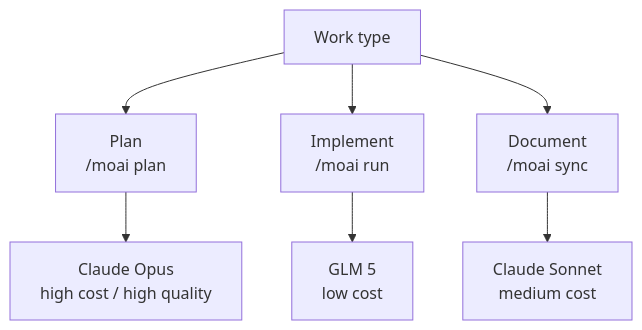
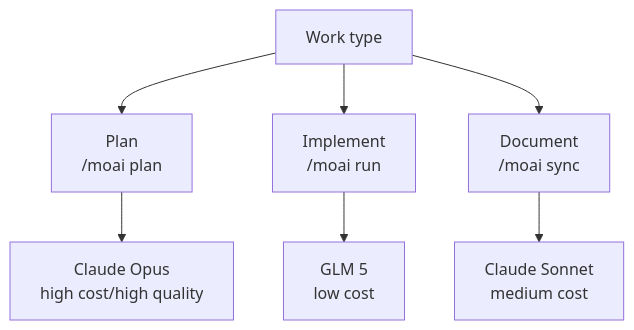
One commit to modu-ai/moai-adk changed the tenth of 10 diagrams in docs-site/content/en/worktree/guide.md. Above: the diagram before and after it, drawn with Mermaid. The commit also changed other lines of this file and 180 other files, not shown here.

````diff
--- a/docs-site/content/en/worktree/guide.md
+++ b/docs-site/content/en/worktree/guide.md
@@ -576,10 +547,10 @@
 ```mermaid
 graph TD
     A[Work type] --> B[Plan<br/>/moai plan]
     A --> C[Implement<br/>/moai run]
     A --> D[Document<br/>/moai sync]
 
-    B --> E[Claude Opus<br/>high cost / high quality]
+    B --> E[Claude Opus<br/>high cost/high quality]
     C --> F[GLM 5<br/>low cost]
     D --> G[Claude Sonnet<br/>medium cost]
 ```
````
